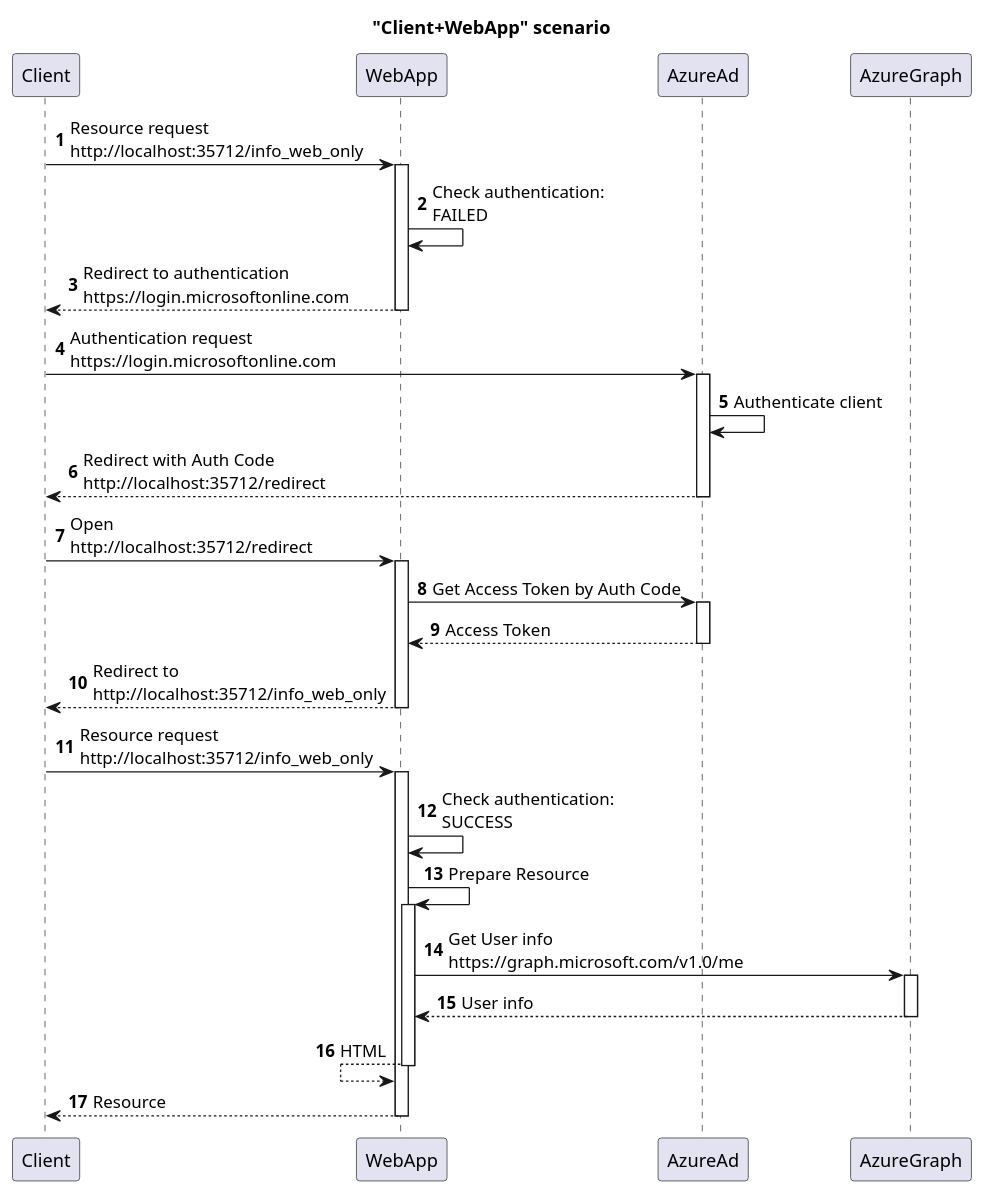
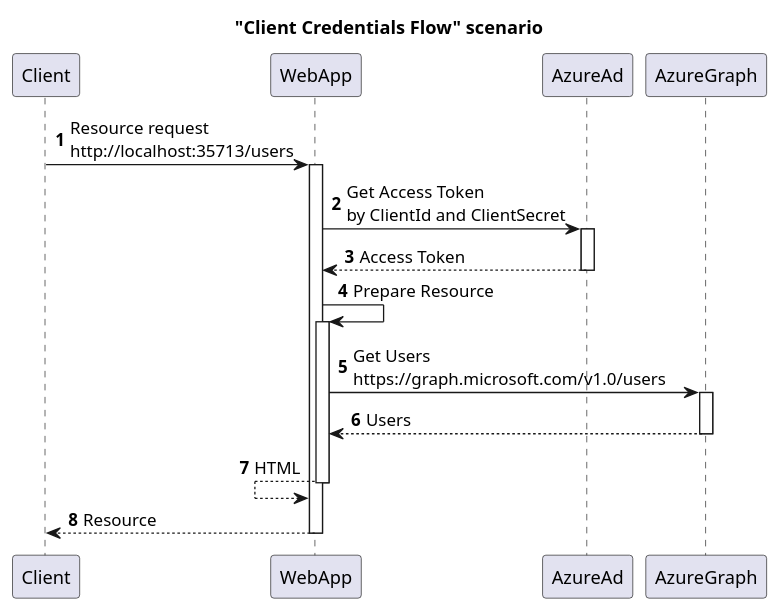
Before and after one commit to Aleks-Ya/yaal_examples: the diagram in Java+/Libs+/Azure+/MSAL/src/azure/flow/client_credentials/client_credentials_flow.puml, drawn with PlantUML. The commit also changed 10 other files, not shown here.

Commit message:
Java: Azure: fix "client_credentials"

```diff
--- a/Java+/Libs+/Azure+/MSAL/src/azure/flow/client_credentials/client_credentials_flow.puml
+++ b/Java+/Libs+/Azure+/MSAL/src/azure/flow/client_credentials/client_credentials_flow.puml
@@ -1,42 +1,24 @@
 @startuml
 
-title "Client+WebApp" scenario
+title "Client Credentials Flow" scenario
 
 autonumber
 
-Client -> WebApp: Resource request\nhttp://localhost:35712/info_web_only
+Client -> WebApp: Resource request\nhttp://localhost:35713/users
 activate WebApp
-WebApp -> WebApp: Check authentication:\nFAILED
-Client <-- WebApp: Redirect to authentication\nhttps://login.microsoftonline.com
-deactivate WebApp
-
-Client -> AzureAd: Authentication request\nhttps://login.microsoftonline.com
+WebApp -> AzureAd: Get Access Token\nby ClientId and ClientSecret
 activate AzureAd
-AzureAd -> AzureAd: Authenticate client
-Client <-- AzureAd: Redirect with Auth Code\nhttp://localhost:35712/redirect
+WebApp <-- AzureAd: Access Token
 deactivate AzureAd
-
-Client -> WebApp: Open\nhttp://localhost:35712/redirect
-activate WebApp
-    WebApp -> AzureAd: Get Access Token by Auth Code
-    activate AzureAd
-    WebApp <-- AzureAd: Access Token
-    deactivate AzureAd
-Client <-- WebApp: Redirect to\nhttp://localhost:35712/info_web_only
-deactivate WebApp
-
-Client -> WebApp: Resource request\nhttp://localhost:35712/info_web_only
-activate WebApp
-WebApp -> WebApp: Check authentication:\nSUCCESS
     WebApp -> WebApp: Prepare Resource
     activate WebApp
-        WebApp -> AzureGraph: Get User info\nhttps://graph.microsoft.com/v1.0/me
+        WebApp -> AzureGraph: Get Users\nhttps://graph.microsoft.com/v1.0/users
         activate AzureGraph
-        WebApp <-- AzureGraph: User info
+        WebApp <-- AzureGraph: Users
         deactivate AzureGraph
     WebApp <-- WebApp: HTML
     deactivate WebApp
 Client <-- WebApp: Resource
 deactivate WebApp
 
 @enduml
```
